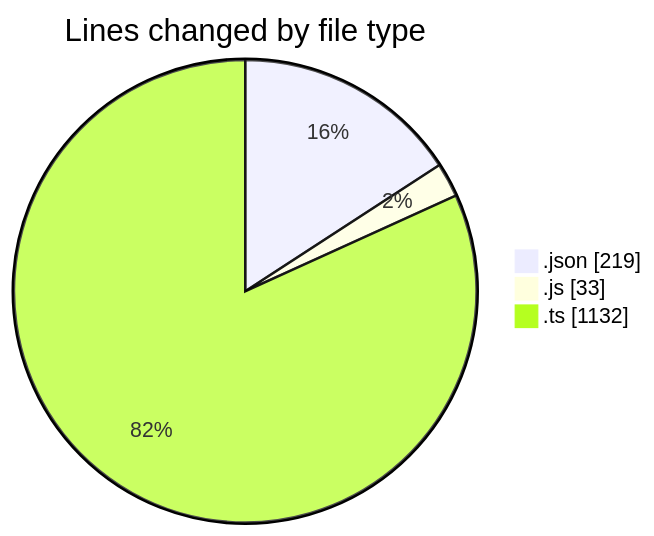
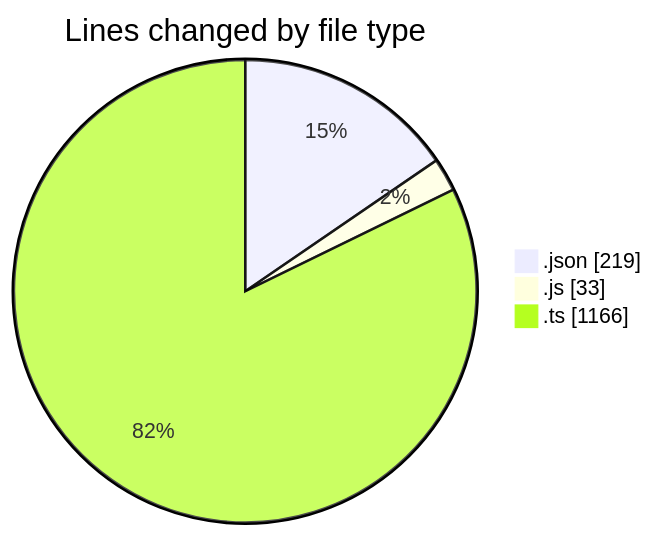
Before and after one commit to momahboobian/code-tracking: the first of 2 diagrams in 2026-05-27/cda/README.md, drawn with Mermaid. The commit also changed other lines of this file and 1 other file, not shown here.

````diff
--- a/2026-05-27/cda/README.md
+++ b/2026-05-27/cda/README.md
@@ -27,7 +27,7 @@
 ```mermaid
 pie showData
 title Lines changed by file type
 ".json" : 219
 ".js" : 33
-".ts" : 1132
+".ts" : 1166
 ```
````
